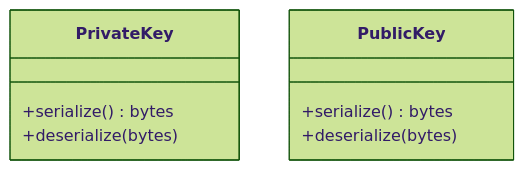
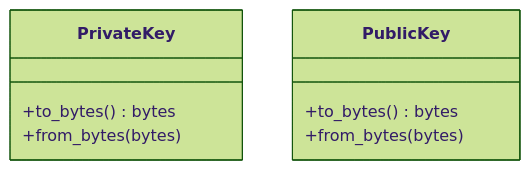
Before and after one commit to primus-labs/Aegis: the second of 7 diagrams in docs/design/binding.md, drawn with Mermaid (forest theme). The commit also changed other lines of this file, not shown here.

````diff
--- a/docs/design/binding.md
+++ b/docs/design/binding.md
@@ -63,12 +64,12 @@
 ```mermaid {align="center"}
 classDiagram
   class PrivateKey {
-    +serialize() bytes
-    +deserialize(bytes)
+    +to_bytes() bytes
+    +from_bytes(bytes)
   }
 
   class PublicKey {
-    +serialize() bytes
-    +deserialize(bytes)
+    +to_bytes() bytes
+    +from_bytes(bytes)
   }
 ```
````
